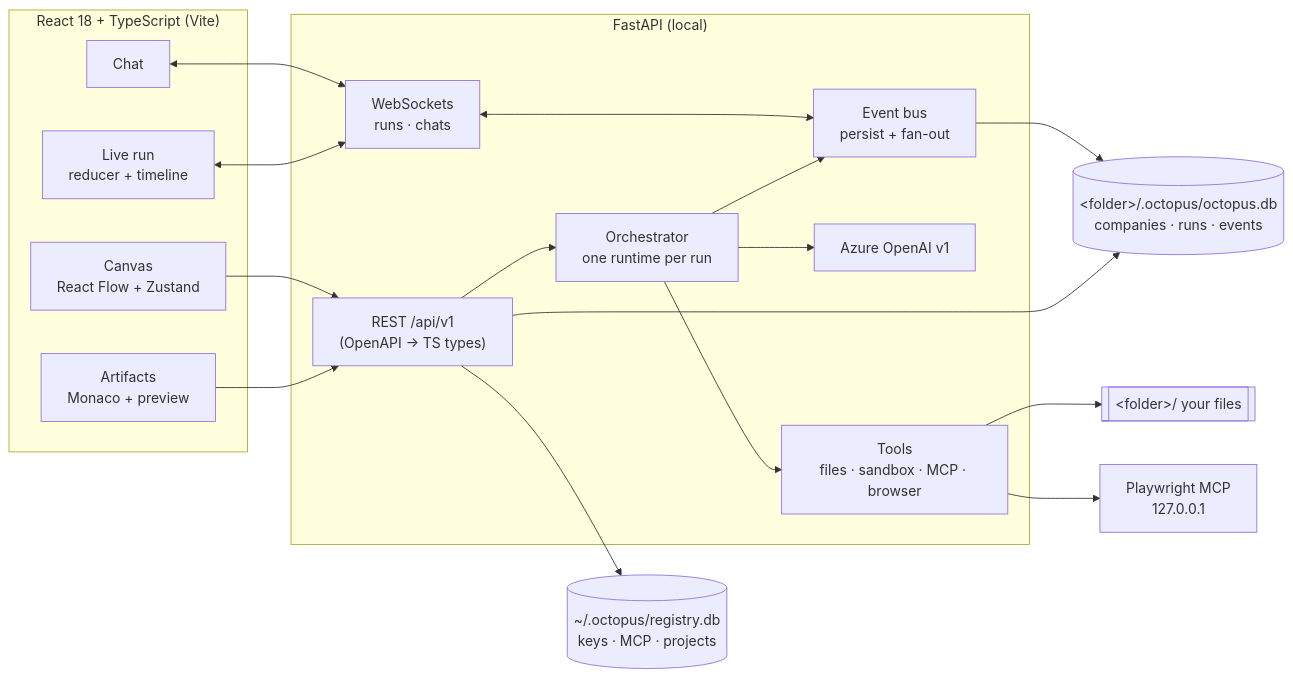
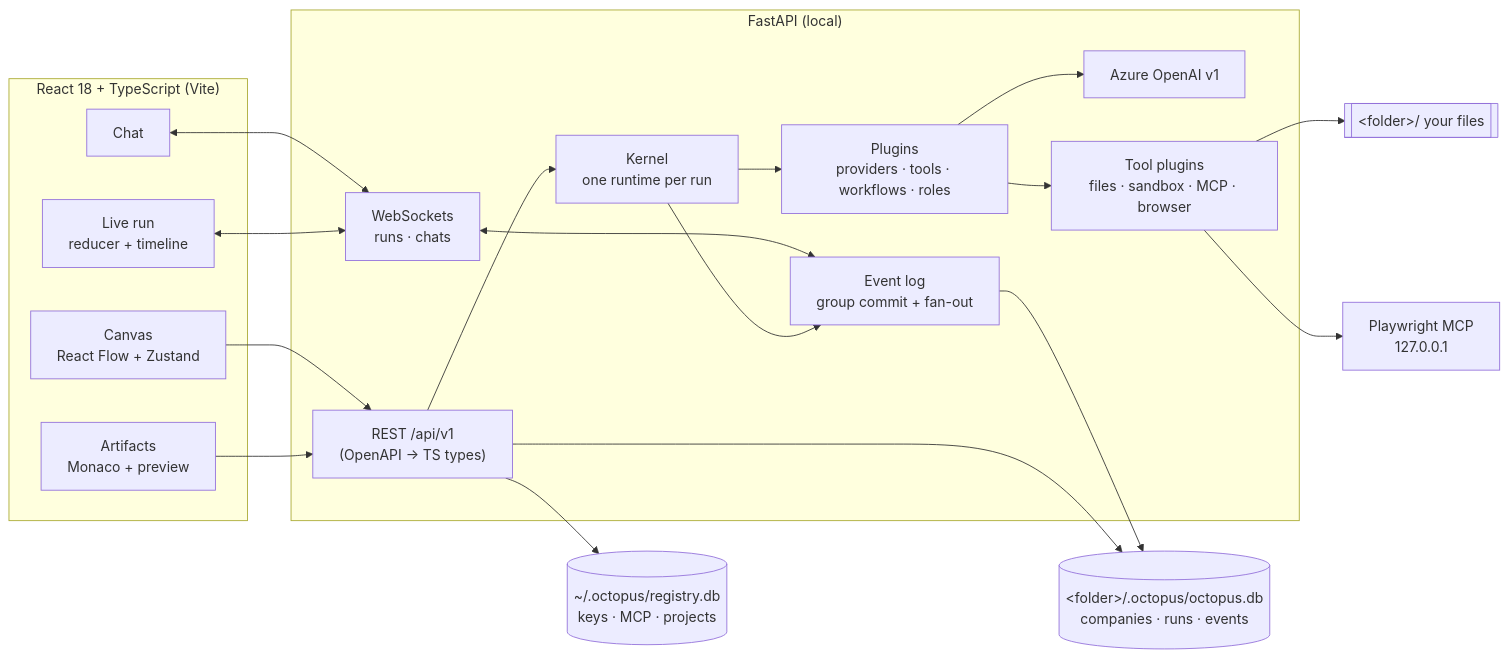
One commit to bala2006/octopus changed the diagram in README.md. Above: the diagram before and after it, drawn with Mermaid. The commit also changed other lines of this file and 7 other files, not shown here.

First line of the commit message:
docs: describe the kernel and plugins architecture

````diff
--- a/README.md
+++ b/README.md
@@ -154,30 +154,32 @@
 ```mermaid
 flowchart LR
   subgraph Browser["React 18 + TypeScript (Vite)"]
     Canvas["Canvas<br/>React Flow + Zustand"]
     Chat["Chat"]
     Live["Live run<br/>reducer + timeline"]
     Art["Artifacts<br/>Monaco + preview"]
   end
   subgraph API["FastAPI (local)"]
     REST["REST /api/v1<br/>(OpenAPI → TS types)"]
     WS["WebSockets<br/>runs · chats"]
-    ORC["Orchestrator<br/>one runtime per run"]
-    BUS["Event bus<br/>persist + fan-out"]
+    ORC["Kernel<br/>one runtime per run"]
+    BUS["Event log<br/>group commit + fan-out"]
+    PLG["Plugins<br/>providers · tools · workflows · roles"]
     LLM["Azure OpenAI v1"]
-    TOOLS["Tools<br/>files · sandbox · MCP · browser"]
+    TOOLS["Tool plugins<br/>files · sandbox · MCP · browser"]
   end
   PW["Playwright MCP<br/>127.0.0.1"]
   REG[("~/.octopus/registry.db<br/>keys · MCP · projects")]
   PDB[("&lt;folder&gt;/.octopus/octopus.db<br/>companies · runs · events")]
   DIR[["&lt;folder&gt;/ your files"]]
   Canvas & Art --> REST
   Chat & Live <--> WS
   REST --> ORC
   WS <--> BUS
   ORC --> BUS --> PDB
-  ORC --> LLM
-  ORC --> TOOLS --> DIR
+  ORC --> PLG
+  PLG --> LLM
+  PLG --> TOOLS --> DIR
   TOOLS --> PW
   REST --> REG & PDB
 ```
````
